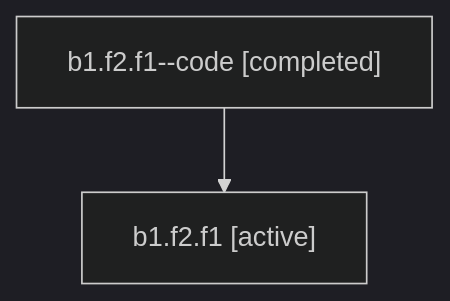
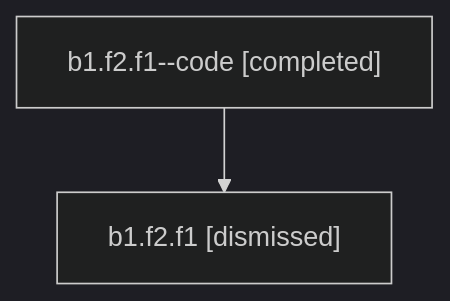
One commit to sase-org/sase--agents changed the diagram in sessions/bbugyi200.athena.b1.f2.f1.md. Above: the diagram before and after it, drawn with Mermaid (dark theme). The commit also changed other lines of this file and 34 other files, not shown here.

````diff
--- a/sessions/bbugyi200.athena.b1.f2.f1.md
+++ b/sessions/bbugyi200.athena.b1.f2.f1.md
@@ -9,6 +9,6 @@
 ```mermaid
 flowchart TD
   n0["b1.f2.f1--code [completed]"]
-  n1["b1.f2.f1 [active]"]
+  n1["b1.f2.f1 [dismissed]"]
   n0 --> n1
 ```
````
